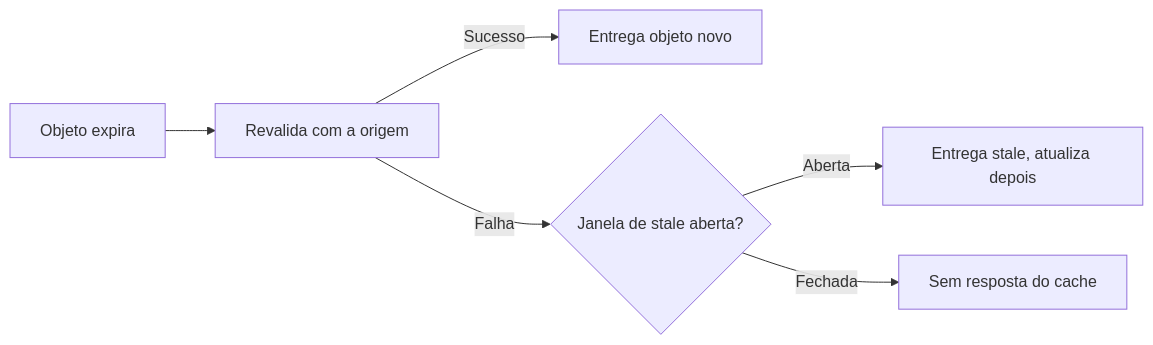
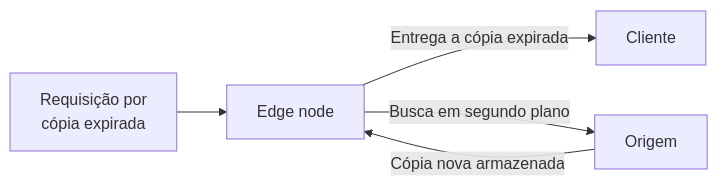
One commit to souzavinny/azion-docs changed the third of 5 diagrams in src/content/docs/pt-br/pages/menu-principal/referencia/build/edge-application/cache-how-it-works.mdx. Above: the diagram before and after it, drawn with Mermaid. The commit also changed other lines of this file and 18 other files, not shown here.

````diff
--- a/src/content/docs/pt-br/pages/menu-principal/referencia/build/edge-application/cache-how-it-works.mdx
+++ b/src/content/docs/pt-br/pages/menu-principal/referencia/build/edge-application/cache-how-it-works.mdx
@@ -99,8 +105,7 @@
 ```mermaid
 flowchart LR
-  A[Objeto expira] --> B[Revalida com a origem]
-  B -- Sucesso --> C[Entrega objeto novo]
-  B -- Falha --> D{Janela de stale aberta?}
-  D -- Aberta --> E[Entrega stale, atualiza depois]
-  D -- Fechada --> F[Sem resposta do cache]
+  A[Requisição por<br/>cópia expirada] --> B[Edge node]
+  B -->|Entrega a cópia expirada| C[Cliente]
+  B -->|Busca em segundo plano| D[Origem]
+  D -->|Cópia nova armazenada| B
 ```
````
